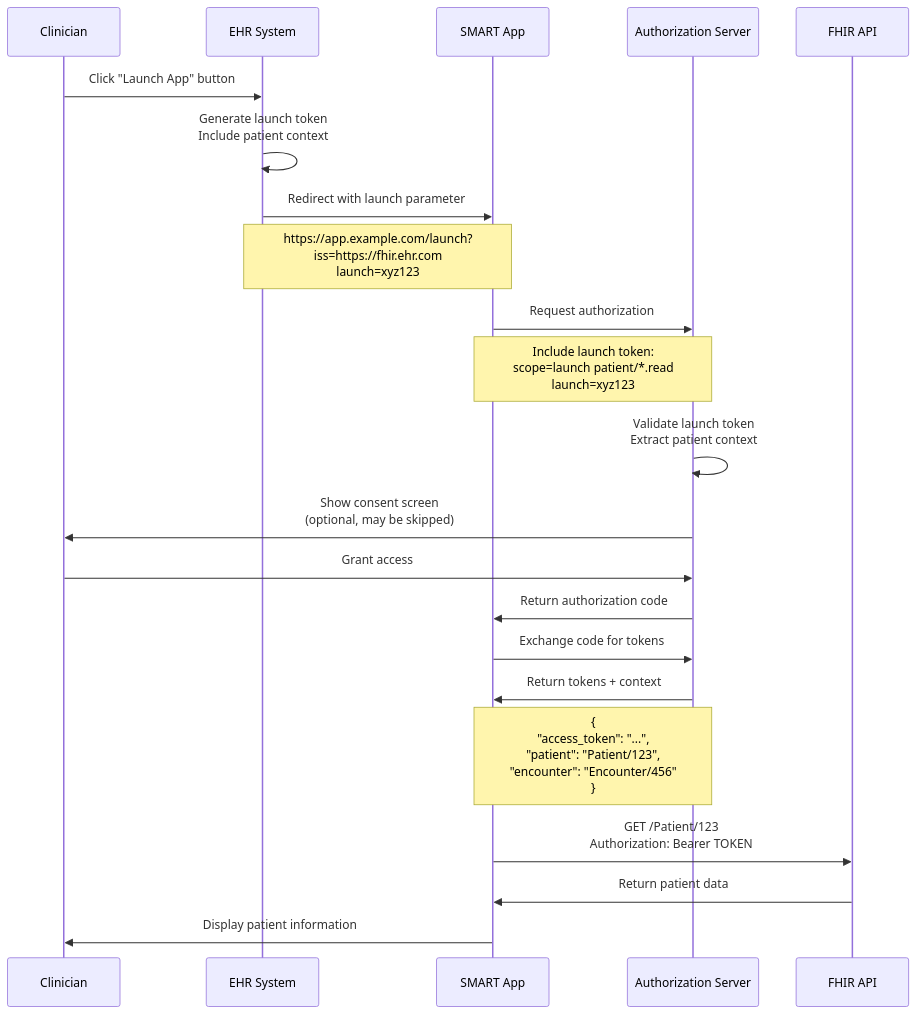
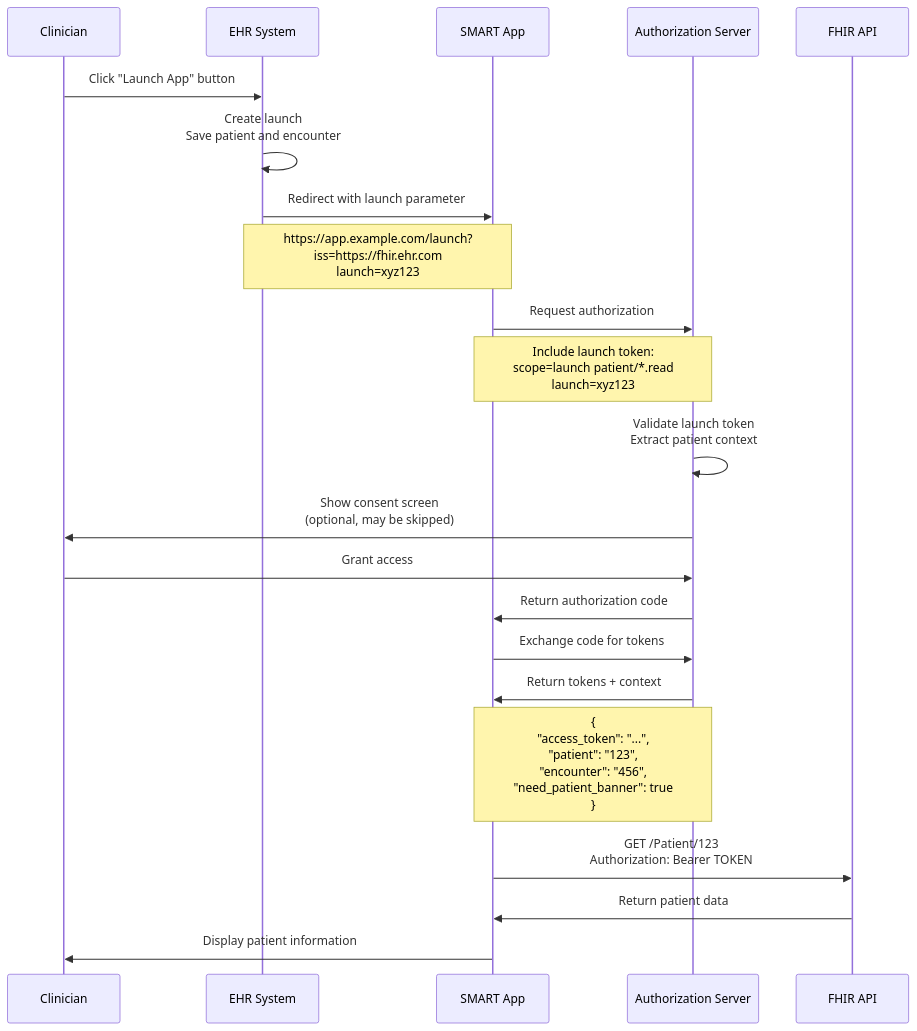
Before and after one commit to HasteHealth/HasteHealth: the first of 2 diagrams in frontend/packages/website/docs/auth/authentication/smart_on_fhir.mdx, drawn with Mermaid. The commit also changed other lines of this file and 3 other files, not shown here.

````diff
--- a/frontend/packages/website/docs/auth/authentication/smart_on_fhir.mdx
+++ b/frontend/packages/website/docs/auth/authentication/smart_on_fhir.mdx
@@ -39,37 +37,37 @@
 ```mermaid
 sequenceDiagram
     participant User as Clinician
     participant EHR as EHR System
     participant App as SMART App
     participant Auth as Authorization Server
     participant FHIR as FHIR API
 
     User->>EHR: Click "Launch App" button
     
-    EHR->>EHR: Generate launch token<br/>Include patient context
+    EHR->>EHR: Create launch<br/>Save patient and encounter
     
     EHR->>App: Redirect with launch parameter
     Note over EHR,App: https://app.example.com/launch?<br/>iss=https://fhir.ehr.com<br/>launch=xyz123
     
     App->>Auth: Request authorization
     Note over App,Auth: Include launch token:<br/>scope=launch patient/*.read<br/>launch=xyz123
     
     Auth->>Auth: Validate launch token<br/>Extract patient context
     
     Auth->>User: Show consent screen<br/>(optional, may be skipped)
     
     User->>Auth: Grant access
     
     Auth->>App: Return authorization code
     
     App->>Auth: Exchange code for tokens
     
     Auth->>App: Return tokens + context
-    Note over Auth,App: {<br/>  "access_token": "...",<br/>  "patient": "Patient/123",<br/>  "encounter": "Encounter/456"<br/>}
+    Note over Auth,App: {<br/>  "access_token": "...",<br/>  "patient": "123",<br/>  "encounter": "456",<br/>  "need_patient_banner": true<br/>}
     
     App->>FHIR: GET /Patient/123<br/>Authorization: Bearer TOKEN
     
     FHIR->>App: Return patient data
     
     App->>User: Display patient information
 ```
````
